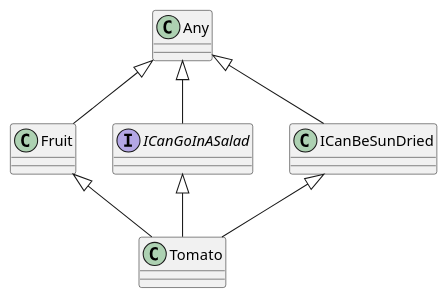
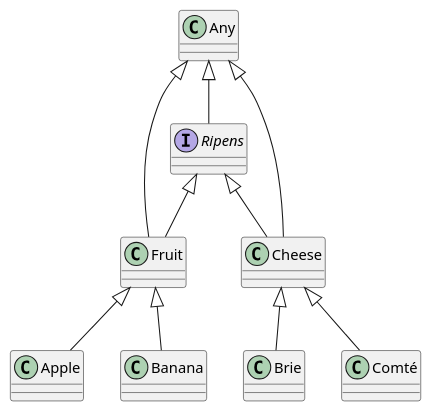
One commit to java-to-kotlin/book changed the diagram in text/src/diagrams/interfaces.plantuml. Above: the diagram before and after it, drawn with PlantUML. The commit also changed 6 other files, not shown here.

```diff
--- a/text/src/diagrams/interfaces.plantuml
+++ b/text/src/diagrams/interfaces.plantuml
@@ -1,12 +1,15 @@
 @startuml
 
+interface Ripens
+
+Any <|-- Ripens
 Any <|-- Fruit
-interface ICanGoInASalad
-interface ICanGoInASalad
-Any <|-- ICanGoInASalad
-Any <|-- ICanBeSunDried
-Fruit <|-- Tomato
-ICanGoInASalad <|-- Tomato
-ICanBeSunDried <|-- Tomato
+Any <|-- Cheese
+Ripens <|-- Fruit
+Ripens <|-- Cheese
+Fruit <|-- Apple
+Fruit <|-- Banana
+Cheese <|-- Brie
+Cheese <|-- Comté
 
 @enduml
```
